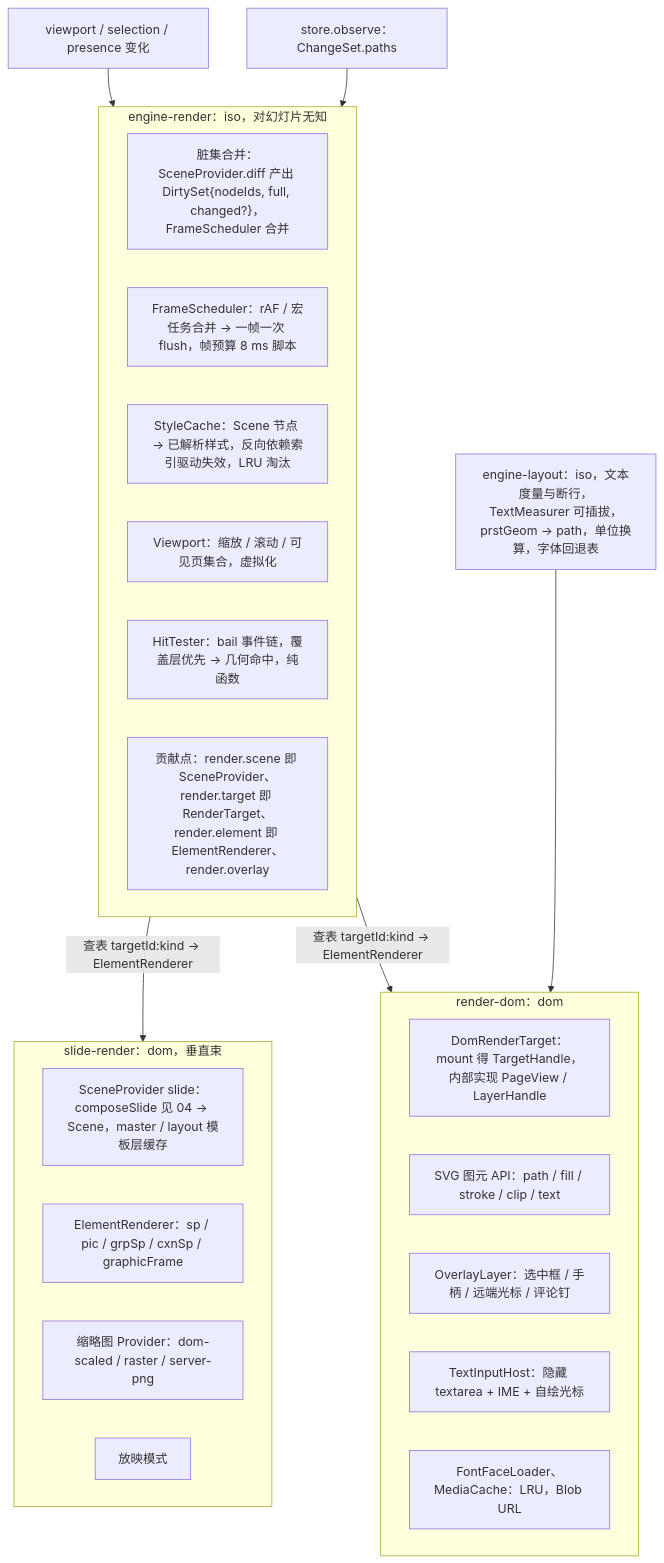
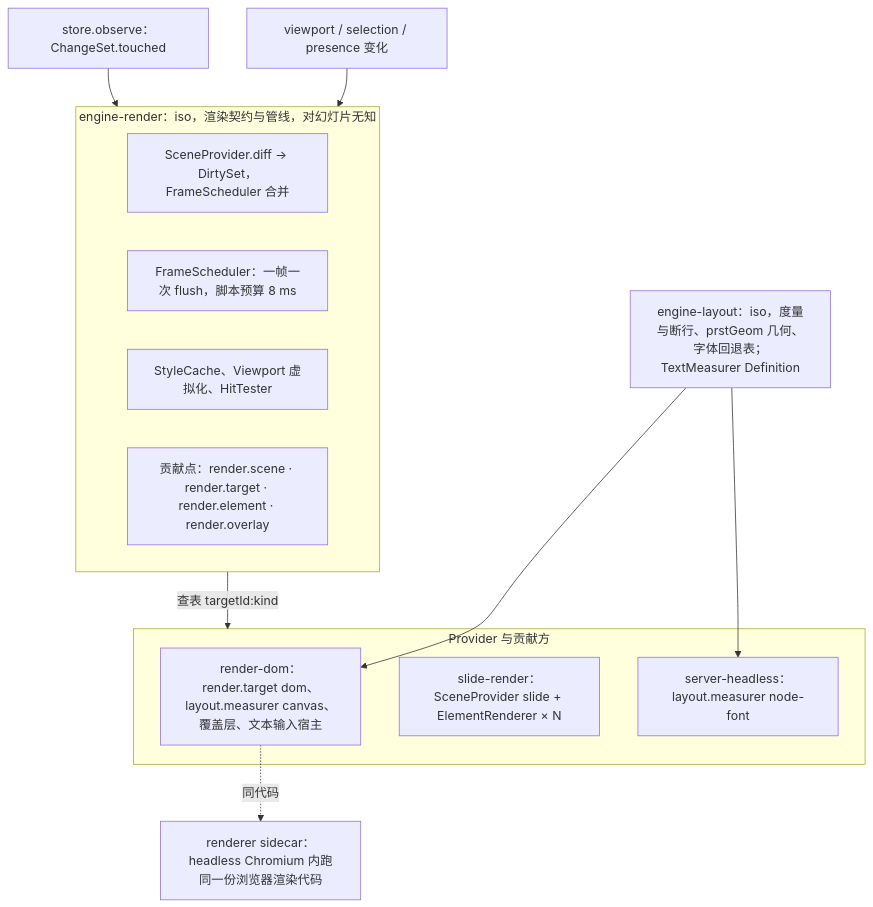
One commit to Xeonice/cordis-ppt-editor changed the first of 6 diagrams in docs/30-architecture/07-rendering.md. Above: the diagram before and after it, drawn with Mermaid. The commit also changed other lines of this file and 78 other files, not shown here.

````diff
--- a/docs/30-architecture/07-rendering.md
+++ b/docs/30-architecture/07-rendering.md
@@ -16,32 +17,24 @@
 ```mermaid
 flowchart TB
-  observeIn["store.observe：ChangeSet.paths"]
+  observeIn["store.observe：ChangeSet.touched"]
   viewIn["viewport / selection / presence 变化"]
-  subgraph engineRender["engine-render：iso，对幻灯片无知"]
-    dirty["脏集合并：SceneProvider.diff 产出 DirtySet{nodeIds, full, changed?}，FrameScheduler 合并"]
-    scheduler["FrameScheduler：rAF / 宏任务合并 → 一帧一次 flush，帧预算 8 ms 脚本"]
-    styleCache["StyleCache：Scene 节点 → 已解析样式，反向依赖索引驱动失效，LRU 淘汰"]
-    viewport["Viewport：缩放 / 滚动 / 可见页集合，虚拟化"]
-    hit["HitTester：bail 事件链，覆盖层优先 → 几何命中，纯函数"]
-    points["贡献点：render.scene 即 SceneProvider、render.target 即 RenderTarget、render.element 即 ElementRenderer、render.overlay"]
+  subgraph engineRender["engine-render：iso，渲染契约与管线，对幻灯片无知"]
+    dirty["SceneProvider.diff → DirtySet，FrameScheduler 合并"]
+    scheduler["FrameScheduler：一帧一次 flush，脚本预算 8 ms"]
+    caches["StyleCache、Viewport 虚拟化、HitTester"]
+    points["贡献点：render.scene · render.target · render.element · render.overlay"]
   end
-  subgraph renderDom["render-dom：dom"]
-    domTarget["DomRenderTarget：mount 得 TargetHandle，内部实现 PageView / LayerHandle"]
-    svgApi["SVG 图元 API：path / fill / stroke / clip / text"]
-    overlay["OverlayLayer：选中框 / 手柄 / 远端光标 / 评论钉"]
-    textHost["TextInputHost：隐藏 textarea + IME + 自绘光标"]
-    fontMedia["FontFaceLoader、MediaCache：LRU，Blob URL"]
+  engineLayout["engine-layout：iso，度量与断行、prstGeom 几何、字体回退表；TextMeasurer Definition"]
+  subgraph providers["Provider 与贡献方"]
+    renderDom["render-dom：render.target dom、layout.measurer canvas、覆盖层、文本输入宿主"]
+    slideRender["slide-render：SceneProvider slide + ElementRenderer × N"]
+    nodeFont["server-headless：layout.measurer node-font"]
   end
-  subgraph slideRender["slide-render：dom，垂直束"]
-    compose["SceneProvider slide：composeSlide 见 04 → Scene，master / layout 模板层缓存"]
-    elements["ElementRenderer：sp / pic / grpSp / cxnSp / graphicFrame"]
-    thumbs["缩略图 Provider：dom-scaled / raster / server-png"]
-    show["放映模式"]
-  end
-  engineLayout["engine-layout：iso，文本度量与断行，TextMeasurer 可插拔，prstGeom → path，单位换算，字体回退表"]
+  renderer["renderer sidecar：headless Chromium 内跑同一份浏览器渲染代码"]
   observeIn --> engineRender
   viewIn --> engineRender
-  engineRender -- "查表 targetId:kind → ElementRenderer" --> renderDom
-  engineRender -- "查表 targetId:kind → ElementRenderer" --> slideRender
+  engineRender -- "查表 targetId:kind" --> providers
   engineLayout --> renderDom
+  engineLayout --> nodeFont
+  renderDom -. "同代码" .-> renderer
 ```
````
